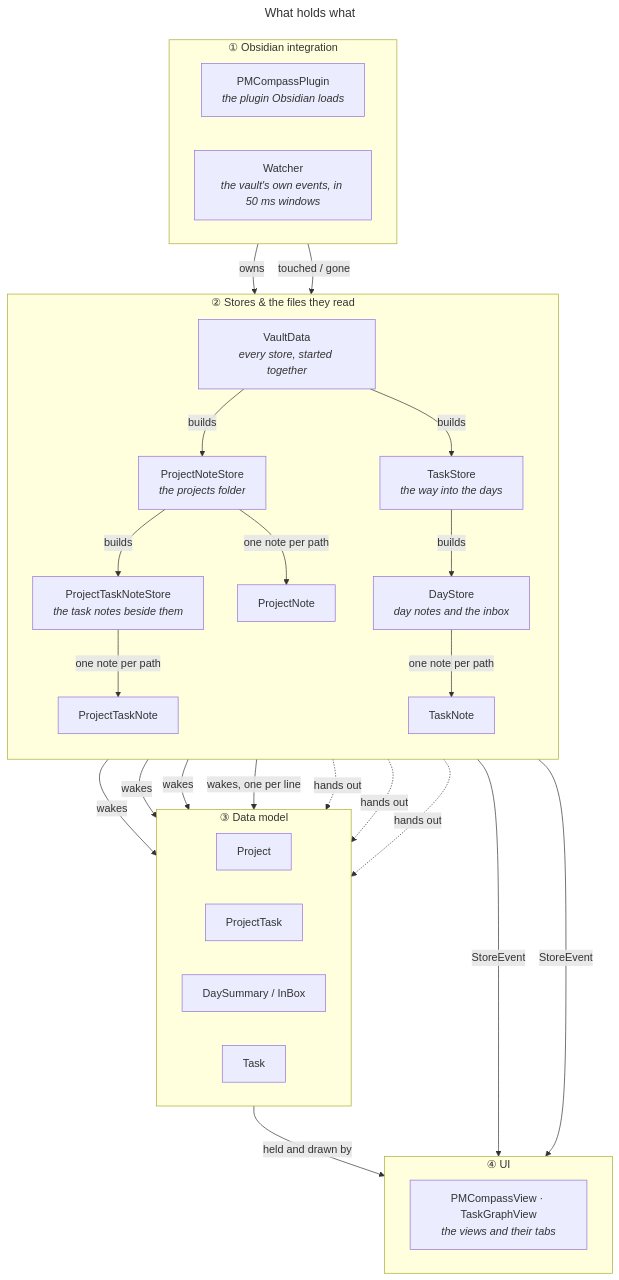
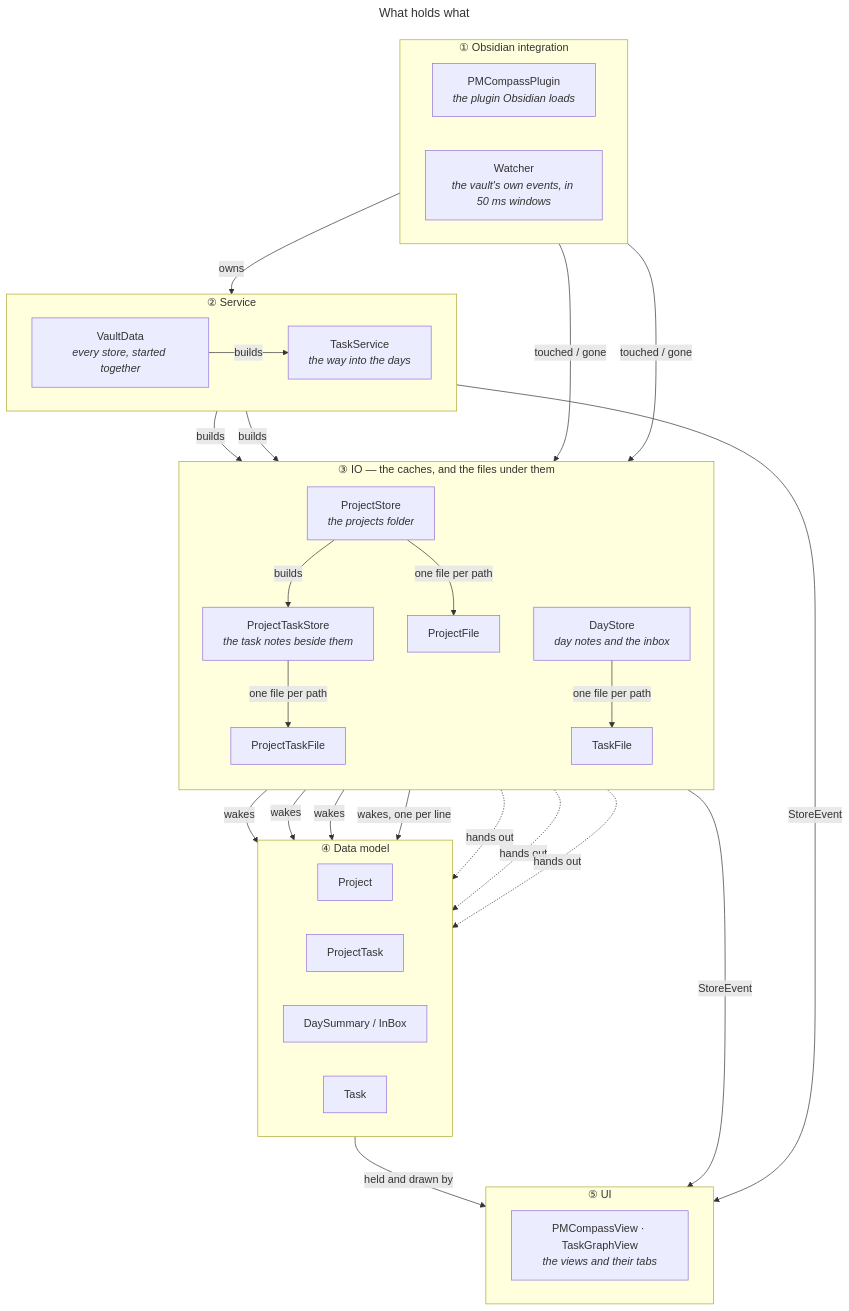
The diagram in docs/technical/diagrams/overview.mmd (Laurent-Ferier/pm-compass), drawn with Mermaid before and after one commit. The commit also changed 85 other files, not shown here.

```diff
--- a/docs/technical/diagrams/overview.mmd
+++ b/docs/technical/diagrams/overview.mmd
@@ -1,58 +1,63 @@
 ---
 title: What holds what
 ---
 graph TB
   subgraph obsidian["① Obsidian integration"]
     direction LR
     Plugin["PMCompassPlugin<br/><i>the plugin Obsidian loads</i>"]
     Watcher["Watcher<br/><i>the vault's own events, in 50 ms windows</i>"]
   end
 
-  subgraph stores["② Stores &amp; the files they read"]
-    direction TB
+  subgraph service["② Service"]
+    direction LR
     Vault["VaultData<br/><i>every store, started together</i>"]
-    ProjectStore["ProjectNoteStore<br/><i>the projects folder</i>"]
-    TaskNoteStore["ProjectTaskNoteStore<br/><i>the task notes beside them</i>"]
-    Tasks["TaskStore<br/><i>the way into the days</i>"]
-    Days["DayStore<br/><i>day notes and the inbox</i>"]
-    ProjectNote["ProjectNote"]
-    ProjectTaskNote["ProjectTaskNote"]
-    TaskNote["TaskNote"]
+    Tasks["TaskService<br/><i>the way into the days</i>"]
   end
 
-  subgraph models["③ Data model"]
+  subgraph io["③ IO — the caches, and the files under them"]
+    direction TB
+    ProjectStore["ProjectStore<br/><i>the projects folder</i>"]
+    ProjectTaskStore["ProjectTaskStore<br/><i>the task notes beside them</i>"]
+    Days["DayStore<br/><i>day notes and the inbox</i>"]
+    ProjectFile["ProjectFile"]
+    ProjectTaskFile["ProjectTaskFile"]
+    TaskFile["TaskFile"]
+  end
+
+  subgraph models["④ Data model"]
     direction LR
     Project["Project"]
     ProjectTask["ProjectTask"]
     DaySummary["DaySummary / InBox"]
     Task["Task"]
   end
 
-  subgraph ui["④ UI"]
+  subgraph ui["⑤ UI"]
     direction LR
     Views["PMCompassView · TaskGraphView<br/><i>the views and their tabs</i>"]
   end
 
   Plugin -->|owns| Vault
-  Watcher -->|touched / gone| Vault
+  Watcher -->|touched / gone| ProjectStore
+  Watcher -->|touched / gone| Days
 
   Vault -->|builds| ProjectStore
   Vault -->|builds| Tasks
-  ProjectStore -->|builds| TaskNoteStore
+  ProjectStore -->|builds| ProjectTaskStore
   Tasks -->|builds| Days
-  ProjectStore -->|one note per path| ProjectNote
-  TaskNoteStore -->|one note per path| ProjectTaskNote
-  Days -->|one note per path| TaskNote
+  ProjectStore -->|one file per path| ProjectFile
+  ProjectTaskStore -->|one file per path| ProjectTaskFile
+  Days -->|one file per path| TaskFile
 
-  ProjectNote -->|wakes| Project
-  ProjectTaskNote -->|wakes| ProjectTask
-  TaskNote -->|wakes| DaySummary
-  TaskNote -->|wakes, one per line| Task
+  ProjectFile -->|wakes| Project
+  ProjectTaskFile -->|wakes| ProjectTask
+  TaskFile -->|wakes| DaySummary
+  TaskFile -->|wakes, one per line| Task
 
   ProjectStore -.->|hands out| Project
-  TaskNoteStore -.->|hands out| ProjectTask
+  ProjectTaskStore -.->|hands out| ProjectTask
   Days -.->|hands out| DaySummary
 
   models -->|held and drawn by| Views
   ProjectStore -->|StoreEvent| Views
   Tasks -->|StoreEvent| Views
```
